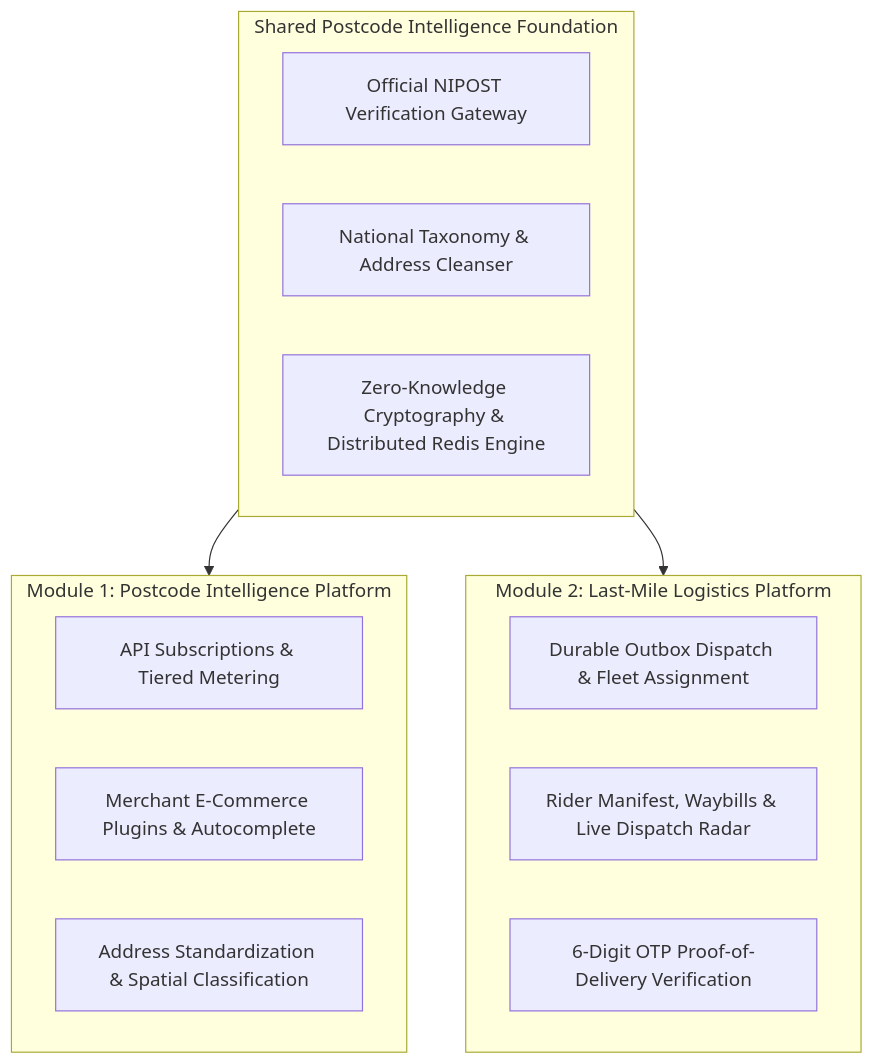
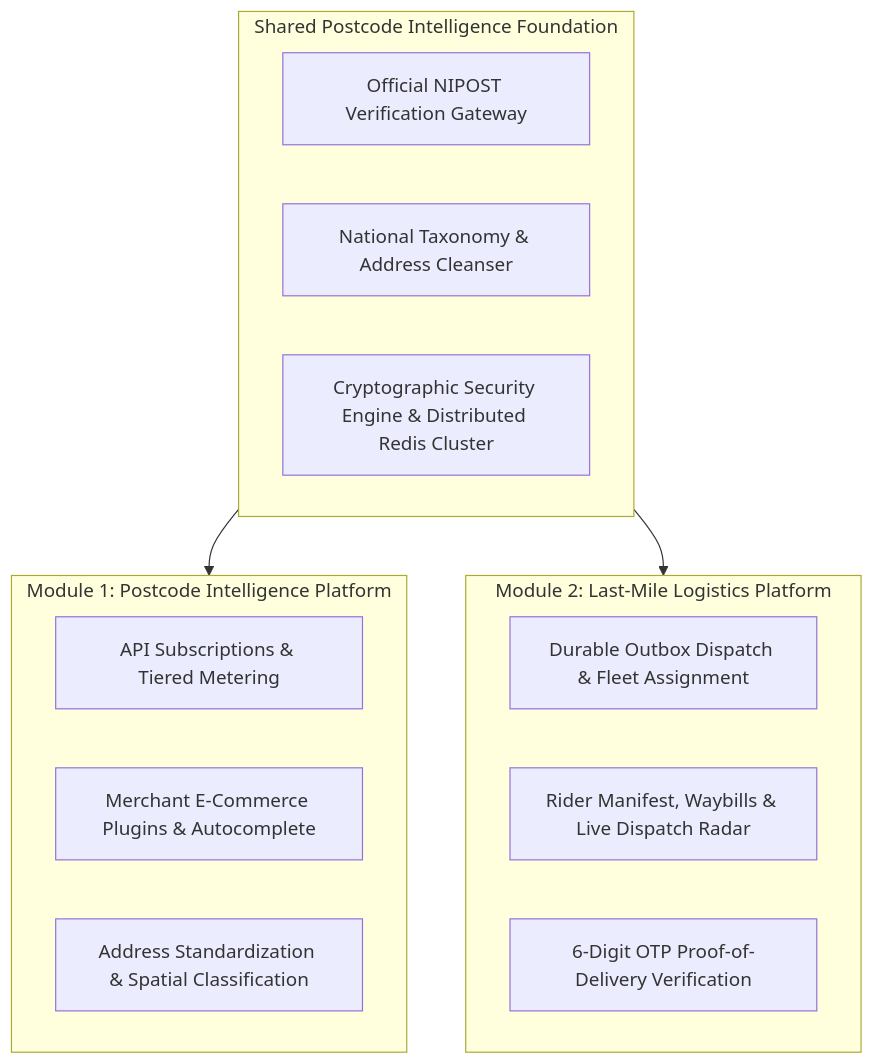
One commit to gsimeon/postcodelink changed the diagram in README.md. Above: the diagram before and after it, drawn with Mermaid. The commit also changed other lines of this file and 13 other files, not shown here.

````diff
--- a/README.md
+++ b/README.md
@@ -13,23 +13,23 @@
 ```mermaid
 graph TD
     subgraph Foundation [Shared Postcode Intelligence Foundation]
         NIPOST[Official NIPOST Verification Gateway]
         TAX[National Taxonomy & Address Cleanser]
-        SEC[Zero-Knowledge Cryptography & Distributed Redis Engine]
+        SEC[Cryptographic Security Engine & Distributed Redis Cluster]
     end
 
     subgraph ModuleA [Module 1: Postcode Intelligence Platform]
         API_SUB[API Subscriptions & Tiered Metering]
         MERCH_SDK[Merchant E-Commerce Plugins & Autocomplete]
         ADDR_CLEAN[Address Standardization & Spatial Classification]
     end
 
     subgraph ModuleB [Module 2: Last-Mile Logistics Platform]
         ORDER_DISP[Durable Outbox Dispatch & Fleet Assignment]
         COURIER_APP[Rider Manifest, Waybills & Live Dispatch Radar]
         POD[6-Digit OTP Proof-of-Delivery Verification]
     end
 
     Foundation --> ModuleA
     Foundation --> ModuleB
 ```
````
